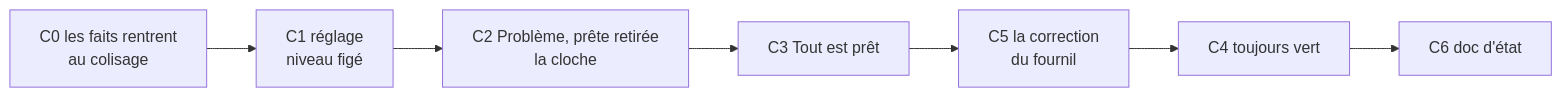
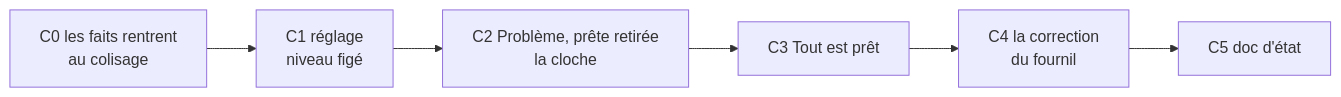
One commit to hugoheynard/lfd changed the second of 2 diagrams in documentation/colisage/plan-niveaux-de-suivi-colisage.md. Above: the diagram before and after it, drawn with Mermaid. The commit also changed other lines of this file and 2 other files, not shown here.

First line of the commit message:
docs(colisage): le colisage simple, sans toujours vert

````diff
--- a/documentation/colisage/plan-niveaux-de-suivi-colisage.md
+++ b/documentation/colisage/plan-niveaux-de-suivi-colisage.md
@@ -186,9 +158,8 @@
 ```mermaid
 flowchart LR
     C0["C0 les faits rentrent<br/>au colisage"] --> C1["C1 réglage<br/>niveau figé"]
     C1 --> C2["C2 Problème, prête retirée<br/>la cloche"]
     C2 --> C3["C3 Tout est prêt"]
-    C3 --> C5["C5 la correction<br/>du fournil"]
-    C5 --> C4["C4 toujours vert"]
-    C4 --> C6["C6 doc d'état"]
+    C3 --> C4["C4 la correction<br/>du fournil"]
+    C4 --> C5["C5 doc d'état"]
 ```
````
